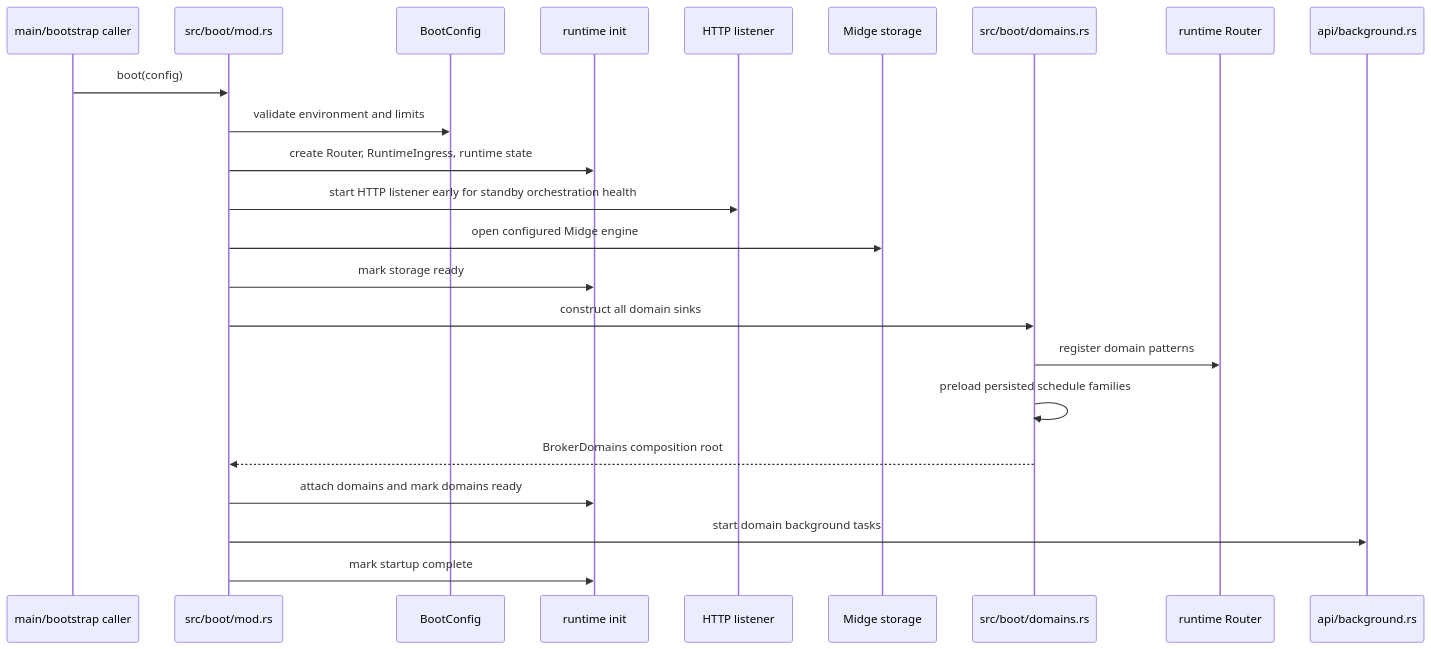
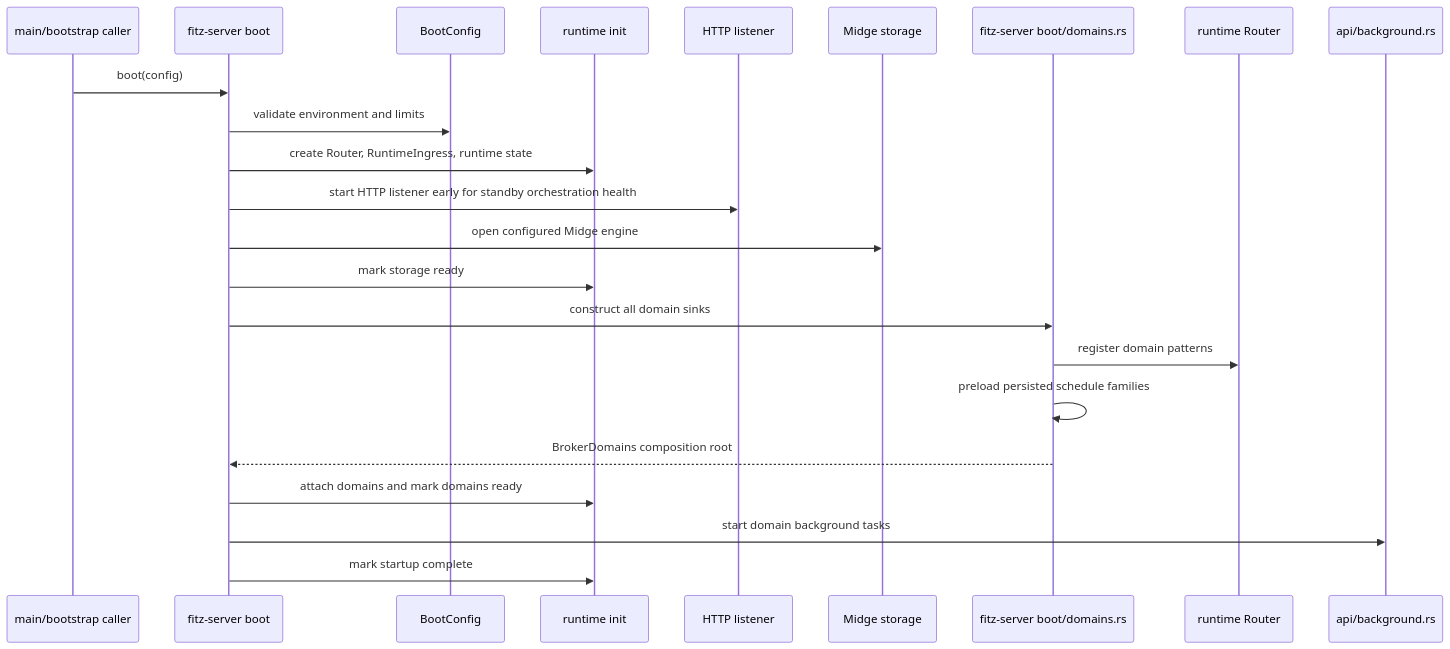
One commit to cntryl/fitz changed the first of 4 diagrams in docs/development/code-architecture-runtime-flows.md. Above: the diagram before and after it, drawn with Mermaid. The commit also changed other lines of this file and 1793 other files, not shown here.

````diff
--- a/docs/development/code-architecture-runtime-flows.md
+++ b/docs/development/code-architecture-runtime-flows.md
@@ -11,26 +11,26 @@
 ```mermaid
 sequenceDiagram
     participant Main as main/bootstrap caller
-    participant Boot as src/boot/mod.rs
+    participant Boot as fitz-server boot
     participant Config as BootConfig
     participant Runtime as runtime init
     participant HTTP as HTTP listener
     participant Storage as Midge storage
-    participant Domains as src/boot/domains.rs
+    participant Domains as fitz-server boot/domains.rs
     participant Router as runtime Router
     participant Background as api/background.rs
 
     Main->>Boot: boot(config)
     Boot->>Config: validate environment and limits
     Boot->>Runtime: create Router, RuntimeIngress, runtime state
     Boot->>HTTP: start HTTP listener early for standby orchestration health
     Boot->>Storage: open configured Midge engine
     Boot->>Runtime: mark storage ready
     Boot->>Domains: construct all domain sinks
     Domains->>Router: register domain patterns
     Domains->>Domains: preload persisted schedule families
     Domains-->>Boot: BrokerDomains composition root
     Boot->>Runtime: attach domains and mark domains ready
     Boot->>Background: start domain background tasks
     Boot->>Runtime: mark startup complete
 ```
````
